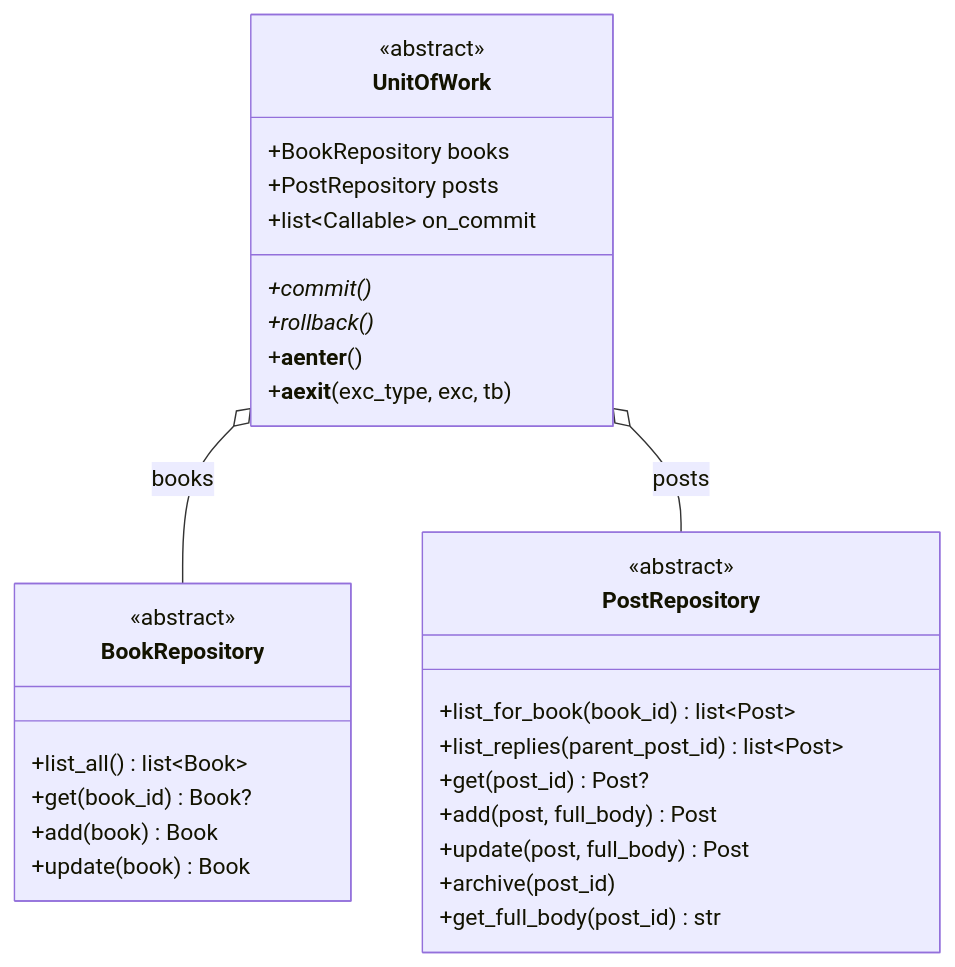
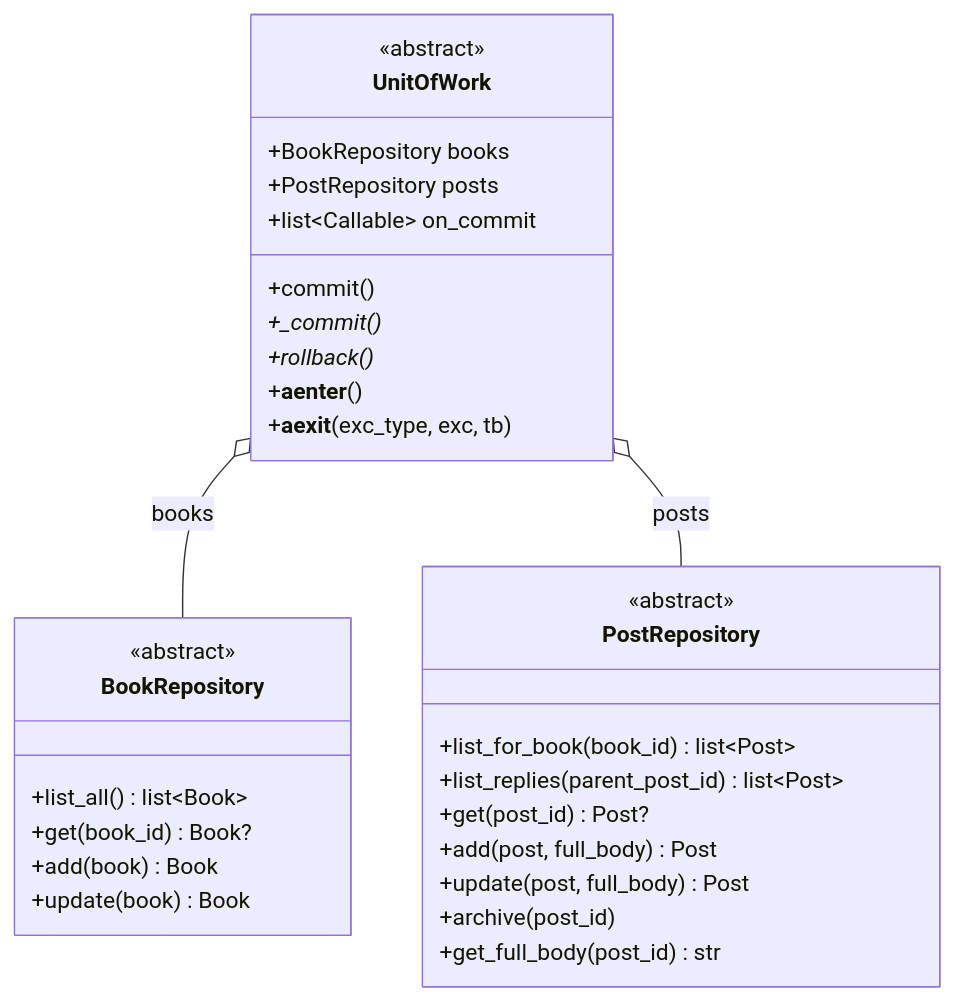
One commit to RohanRajendra/book-club-mini changed the fourth of 10 diagrams in docs/architecture.md. Above: the diagram before and after it, drawn with Mermaid. The commit also changed 12 other files, not shown here.

````diff
--- a/docs/architecture.md
+++ b/docs/architecture.md
@@ -196,33 +196,34 @@
 ```mermaid
 classDiagram
     class UnitOfWork {
         <<abstract>>
         +BookRepository books
         +PostRepository posts
         +list~Callable~ on_commit
-        +commit()*
+        +commit()
+        +_commit()*
         +rollback()*
         +__aenter__()
         +__aexit__(exc_type, exc, tb)
     }
     class BookRepository {
         <<abstract>>
         +list_all() list~Book~
         +get(book_id) Book?
         +add(book) Book
         +update(book) Book
     }
     class PostRepository {
         <<abstract>>
         +list_for_book(book_id) list~Post~
         +list_replies(parent_post_id) list~Post~
         +get(post_id) Post?
         +add(post, full_body) Post
         +update(post, full_body) Post
         +archive(post_id)
         +get_full_body(post_id) str
     }
 
     UnitOfWork o-- BookRepository : books
     UnitOfWork o-- PostRepository : posts
 ```
````
